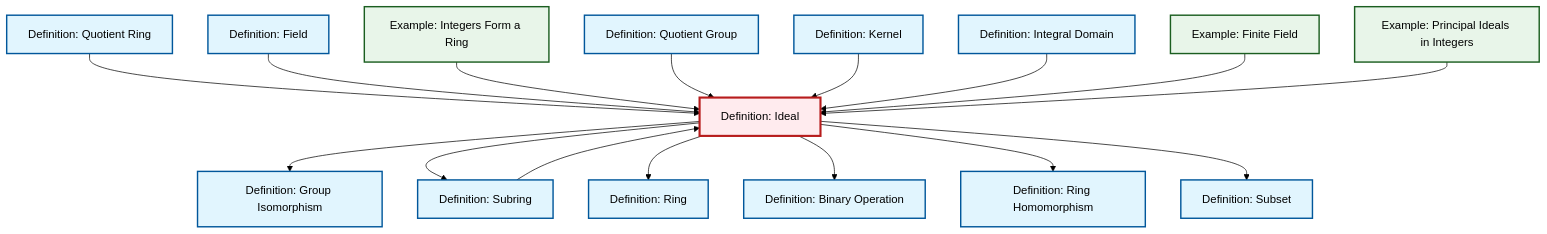
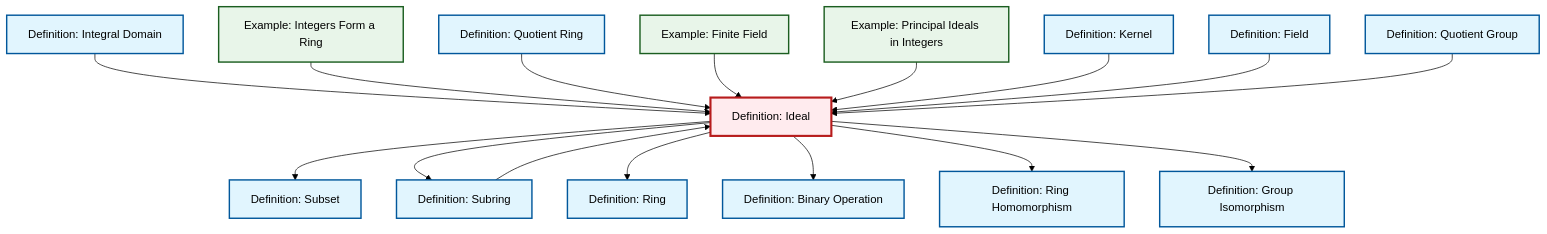
Before and after one commit to RK0429/ModernMath: the diagram in content/en/algebra/def-ideal.qmd, drawn with Mermaid (forest theme). The commit also changed other lines of this file and 634 other files, not shown here.

First line of the commit message:
feat: Add prime ideal definition with comprehensive cross-references

````diff
--- a/content/en/algebra/def-ideal.qmd
+++ b/content/en/algebra/def-ideal.qmd
@@ -83,54 +83,54 @@
 ```{mermaid}
 %%| fig-cap: "Local dependency graph"
 graph TD
     classDef definition fill:#e1f5fe,stroke:#01579b,stroke-width:2px
     classDef theorem fill:#f3e5f5,stroke:#4a148c,stroke-width:2px
     classDef axiom fill:#fff3e0,stroke:#e65100,stroke-width:2px
     classDef example fill:#e8f5e9,stroke:#1b5e20,stroke-width:2px
     classDef current fill:#ffebee,stroke:#b71c1c,stroke-width:3px
+    def-quotient-ring["Definition: Quotient Ring"]:::definition
     def-binary-operation["Definition: Binary Operation"]:::definition
+    def-ring-homomorphism["Definition: Ring Homomorphism"]:::definition
+    def-quotient-group["Definition: Quotient Group"]:::definition
+    def-ring["Definition: Ring"]:::definition
+    def-subset["Definition: Subset"]:::definition
+    ex-principal-ideal["Example: Principal Ideals in Integers"]:::example
+    def-isomorphism["Definition: Group Isomorphism"]:::definition
     def-integral-domain["Definition: Integral Domain"]:::definition
+    def-subring["Definition: Subring"]:::definition
     ex-finite-field["Example: Finite Field"]:::example
-    def-ring-homomorphism["Definition: Ring Homomorphism"]:::definition
+    def-field["Definition: Field"]:::definition
     def-kernel["Definition: Kernel"]:::definition
+    ex-integers-ring["Example: Integers Form a Ring"]:::example
     def-ideal["Definition: Ideal"]:::definition
-    ex-integers-ring["Example: Integers Form a Ring"]:::example
-    def-quotient-group["Definition: Quotient Group"]:::definition
-    def-isomorphism["Definition: Group Isomorphism"]:::definition
-    def-subring["Definition: Subring"]:::definition
-    ex-principal-ideal["Example: Principal Ideals in Integers"]:::example
-    def-quotient-ring["Definition: Quotient Ring"]:::definition
-    def-subset["Definition: Subset"]:::definition
-    def-field["Definition: Field"]:::definition
-    def-ring["Definition: Ring"]:::definition
+    def-ideal --> def-subset
+    def-ideal --> def-subring
+    def-integral-domain --> def-ideal
+    def-ideal --> def-ring
+    ex-integers-ring --> def-ideal
+    def-quotient-ring --> def-ideal
+    def-subring --> def-ideal
+    def-ideal --> def-binary-operation
+    ex-finite-field --> def-ideal
+    ex-principal-ideal --> def-ideal
+    def-kernel --> def-ideal
+    def-field --> def-ideal
+    def-quotient-group --> def-ideal
+    def-ideal --> def-ring-homomorphism
     def-ideal --> def-isomorphism
-    def-quotient-ring --> def-ideal
-    def-field --> def-ideal
-    def-ideal --> def-subring
-    ex-integers-ring --> def-ideal
-    def-subring --> def-ideal
-    def-ideal --> def-ring
-    def-quotient-group --> def-ideal
-    def-ideal --> def-binary-operation
-    def-kernel --> def-ideal
-    def-integral-domain --> def-ideal
-    ex-finite-field --> def-ideal
-    def-ideal --> def-ring-homomorphism
-    def-ideal --> def-subset
-    ex-principal-ideal --> def-ideal
     class def-ideal current
+    click def-quotient-ring "def-quotient-ring.html" "Go to Quotient Ring definition"
     click def-binary-operation "def-binary-operation.html" "Go to Binary Operation definition"
+    click def-ring-homomorphism "def-ring-homomorphism.html" "Go to Ring Homomorphism definition"
+    click def-quotient-group "def-quotient-group.html" "Go to Quotient Group definition"
+    click def-ring "def-ring.html" "Go to Ring definition"
+    click def-subset "def-subset.html" "Go to Subset definition"
+    click ex-principal-ideal "ex-principal-ideal.html" "Go to Principal Ideals in Integers example"
+    click def-isomorphism "def-isomorphism.html" "Go to Group Isomorphism definition"
     click def-integral-domain "def-integral-domain.html" "Go to Integral Domain definition"
+    click def-subring "def-subring.html" "Go to Subring definition"
     click ex-finite-field "ex-finite-field.html" "Go to Finite Field example"
-    click def-ring-homomorphism "def-ring-homomorphism.html" "Go to Ring Homomorphism definition"
+    click def-field "def-field.html" "Go to Field definition"
     click def-kernel "def-kernel.html" "Go to Kernel definition"
     click ex-integers-ring "ex-integers-ring.html" "Go to Integers Form a Ring example"
-    click def-quotient-group "def-quotient-group.html" "Go to Quotient Group definition"
-    click def-isomorphism "def-isomorphism.html" "Go to Group Isomorphism definition"
-    click def-subring "def-subring.html" "Go to Subring definition"
-    click ex-principal-ideal "ex-principal-ideal.html" "Go to Principal Ideals in Integers example"
-    click def-quotient-ring "def-quotient-ring.html" "Go to Quotient Ring definition"
-    click def-subset "def-subset.html" "Go to Subset definition"
-    click def-field "def-field.html" "Go to Field definition"
-    click def-ring "def-ring.html" "Go to Ring definition"
 ```
````
